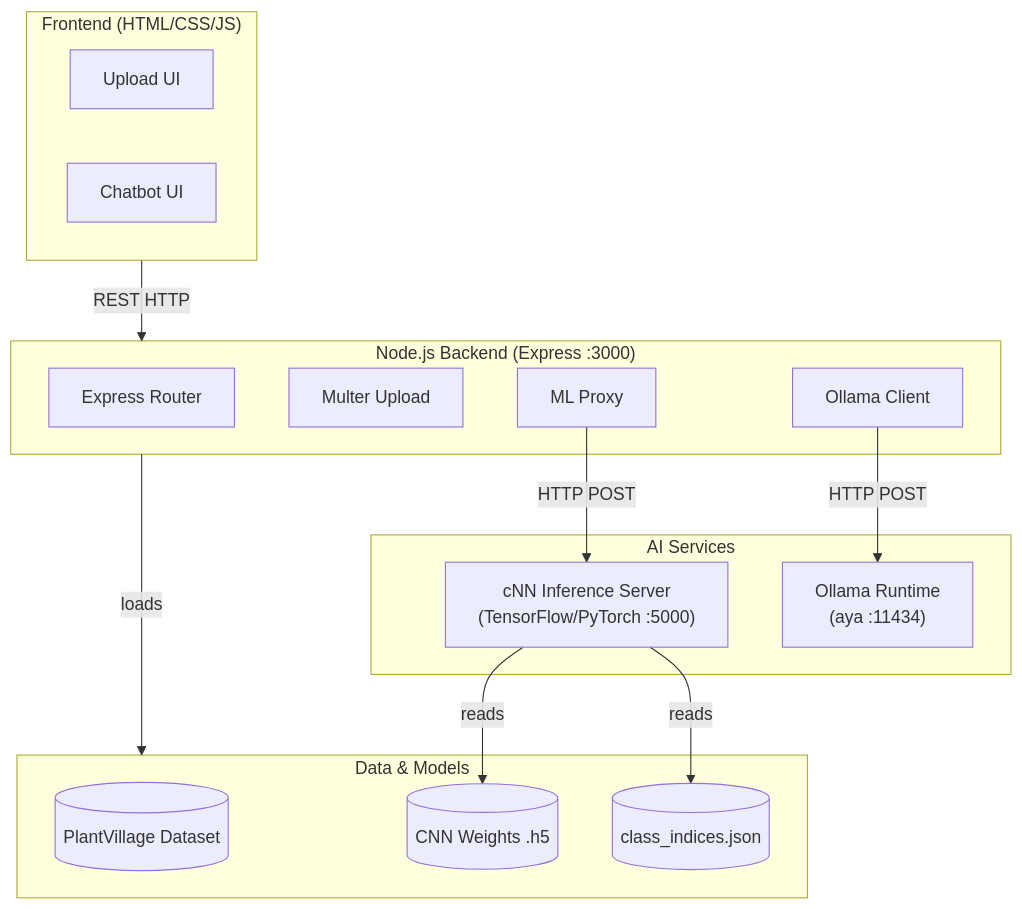
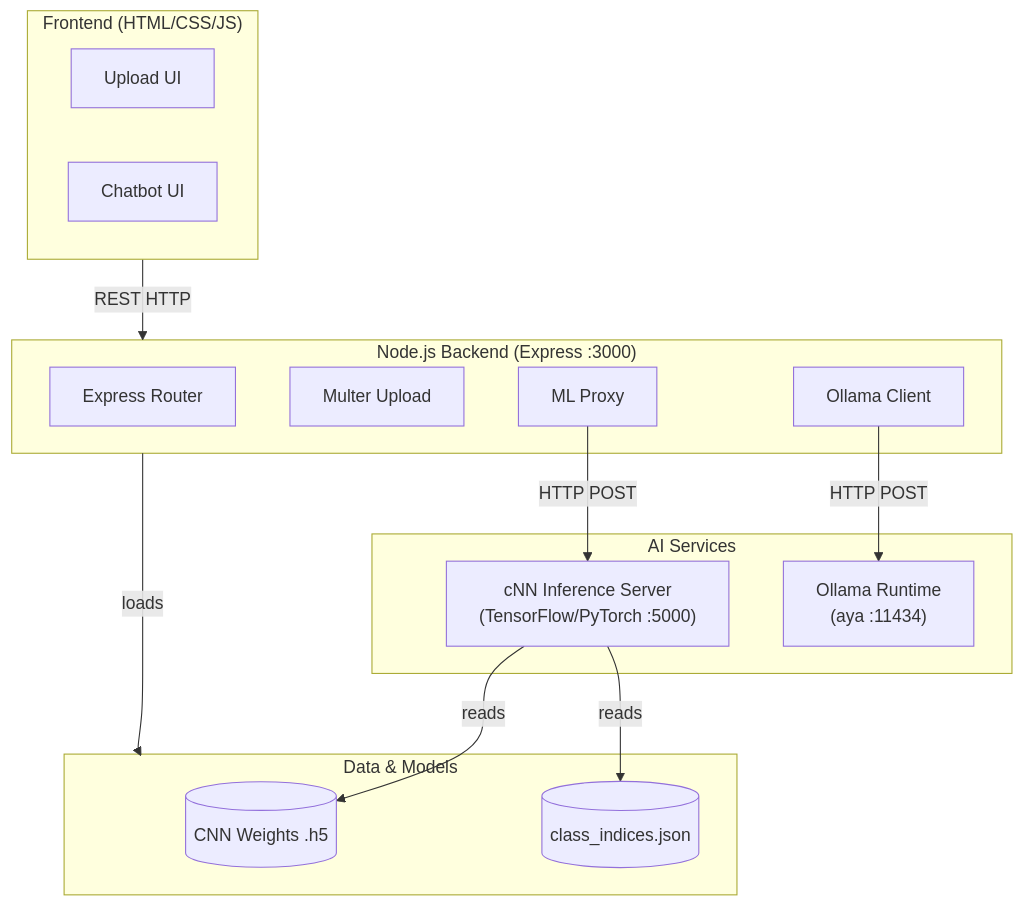
The fifth of 6 diagrams in README.md (youssef-mahdy-dev/Flora), drawn with Mermaid before and after one commit.

````diff
--- a/README.md
+++ b/README.md
@@ -164,32 +164,32 @@
 ```mermaid
 graph TB
     subgraph Frontend["Frontend (HTML/CSS/JS)"]
         UI[Upload UI]
         CB[Chatbot UI]
     end
 
     subgraph Backend["Node.js Backend (Express :3000)"]
         RT[Express Router]
         MU[Multer Upload]
         ML_P[ML Proxy]
         OL_C[Ollama Client]
     end
 
     subgraph AI["AI Services"]
         FL["cNN Inference Server\n(TensorFlow/PyTorch :5000)"]
         OL["Ollama Runtime\n(aya  :11434)"]
     end
 
     subgraph Data["Data & Models"]
-        DS[(PlantVillage Dataset)]
+        
         MW[(CNN Weights .h5)]
         CI[(class_indices.json)]
     end
 
     Frontend -->|REST HTTP| Backend
     ML_P -->|HTTP POST| FL
     OL_C -->|HTTP POST| OL
     Backend -->|loads| Data
     FL -->|reads| MW
     FL -->|reads| CI
 ```
````
